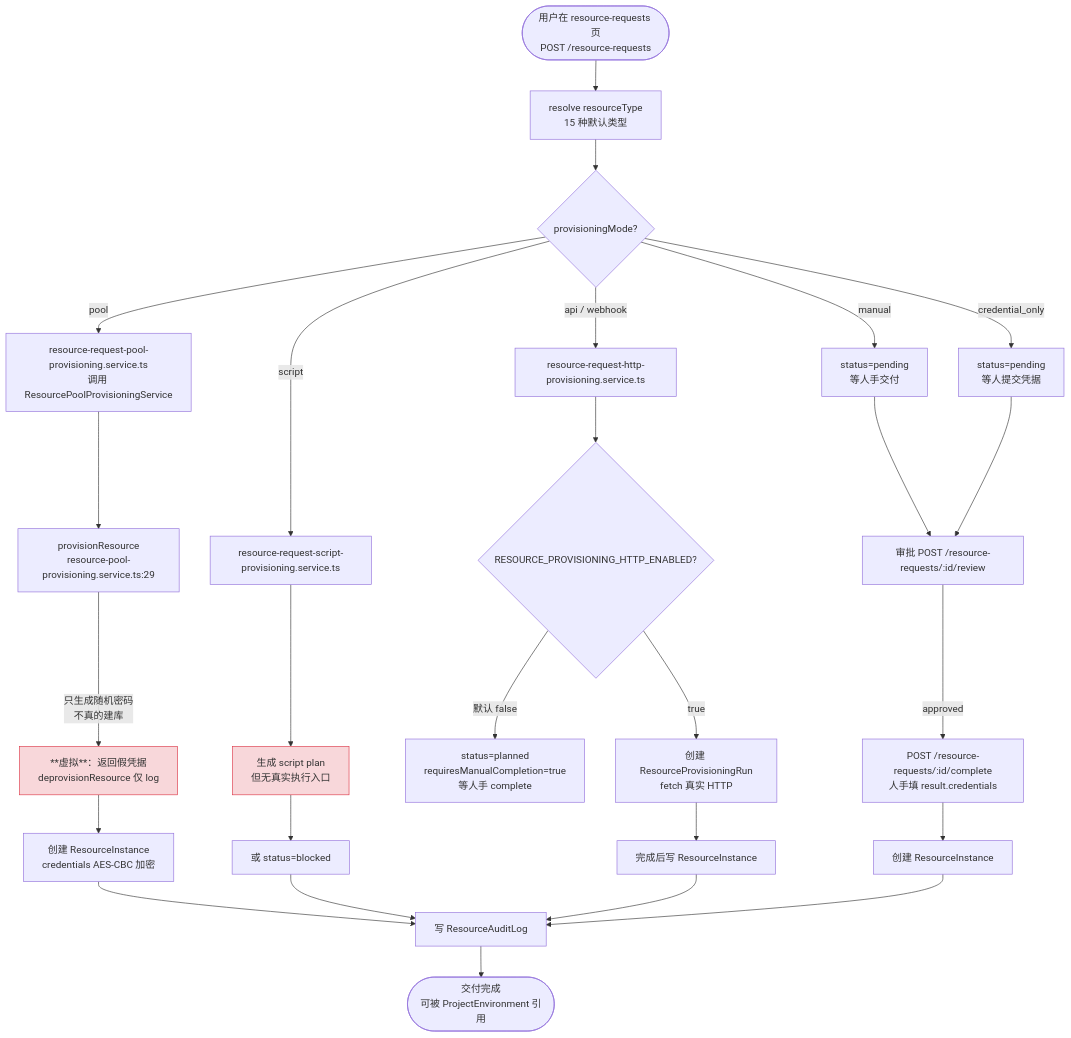
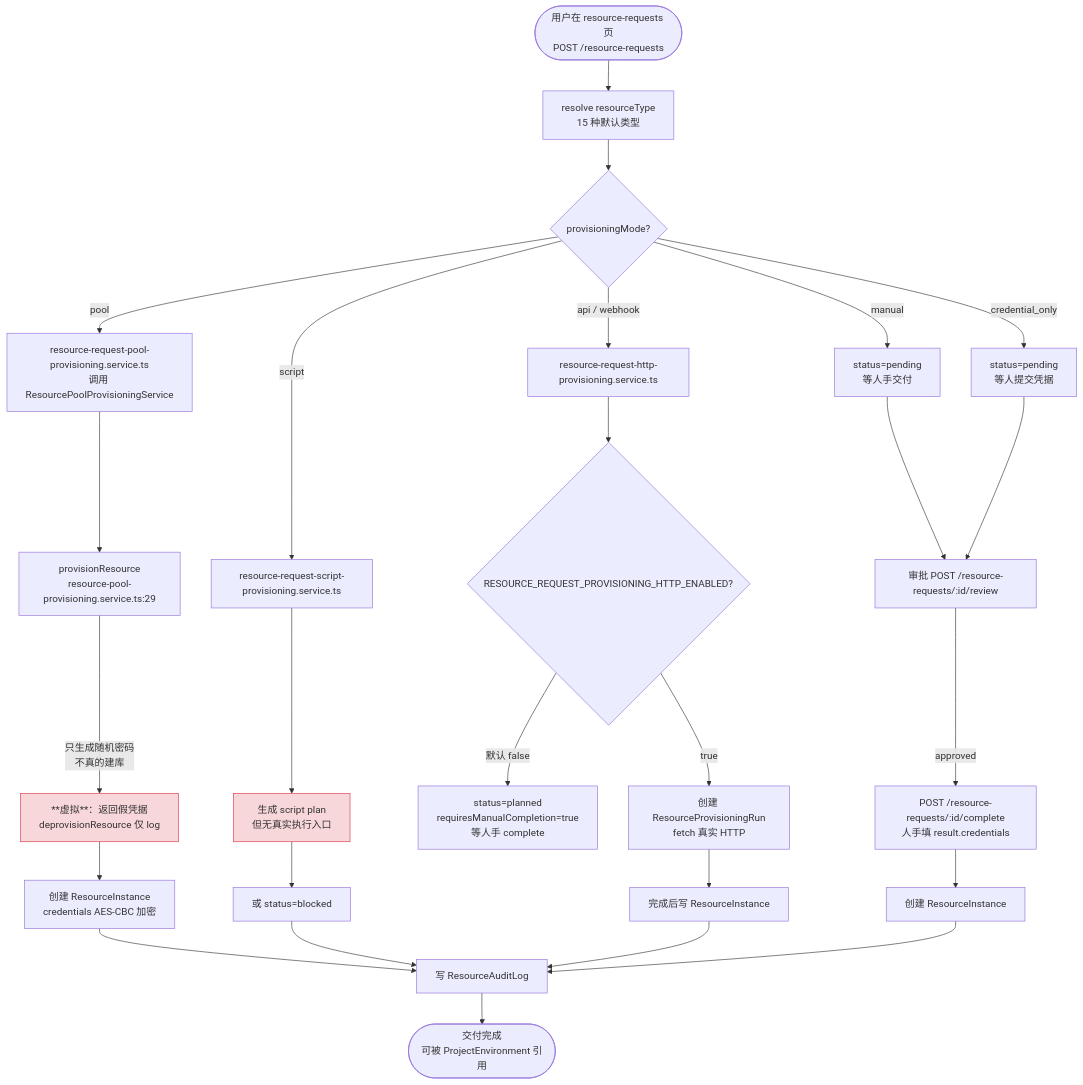
The fourth of 10 diagrams in docs/devpilot/platform-capabilities.md (751848178/svton), drawn with Mermaid before and after one commit. The commit also changed other lines of this file and 16 other files, not shown here.

````diff
--- a/docs/devpilot/platform-capabilities.md
+++ b/docs/devpilot/platform-capabilities.md
@@ -208,37 +208,37 @@
 ```mermaid
 flowchart TD
     START([用户在 resource-requests 页<br/>POST /resource-requests])
     START --> TYPE[resolve resourceType<br/>15 种默认类型]
     TYPE --> MODE{provisioningMode?}
     MODE --"manual"--> MANUAL[status=pending<br/>等人手交付]
     MODE --"credential_only"--> CRED[status=pending<br/>等人提交凭据]
     MODE --"pool"--> POOL[resource-request-pool-provisioning.service.ts<br/>调用 ResourcePoolProvisioningService]
     MODE --"script"--> SCRIPT[resource-request-script-provisioning.service.ts]
     MODE --"api / webhook"--> HTTP[resource-request-http-provisioning.service.ts]
 
     POOL --> POOLEXEC[provisionResource<br/>resource-pool-provisioning.service.ts:29]
     POOLEXEC --"只生成随机密码<br/>不真的建库"--> POOLSTUB[**虚拟**：返回假凭据<br/>deprovisionResource 仅 log]
     POOLSTUB --> INSTANCE1[创建 ResourceInstance<br/>credentials AES-CBC 加密]
 
     SCRIPT --> SCRIPTPLANNED[生成 script plan<br/>但无真实执行入口]
     SCRIPTPLANNED --> INSTANCE2[或 status=blocked]
 
-    HTTP --> HTTPCHECK{RESOURCE_PROVISIONING_HTTP_ENABLED?}
+    HTTP --> HTTPCHECK{RESOURCE_REQUEST_PROVISIONING_HTTP_ENABLED?}
     HTTPCHECK --"默认 false"--> PLANNED[status=planned<br/>requiresManualCompletion=true<br/>等人手 complete]
     HTTPCHECK --"true"--> DISPATCH[创建 ResourceProvisioningRun<br/>fetch 真实 HTTP]
     DISPATCH --> INSTANCE3[完成后写 ResourceInstance]
 
     MANUAL --> REVIEW[审批 POST /resource-requests/:id/review]
     CRED --> REVIEW
     REVIEW --"approved"--> COMPLETE[POST /resource-requests/:id/complete<br/>人手填 result.credentials]
     COMPLETE --> INSTANCE4[创建 ResourceInstance]
 
     INSTANCE1 --> AUDIT[写 ResourceAuditLog]
     INSTANCE2 --> AUDIT
     INSTANCE3 --> AUDIT
     INSTANCE4 --> AUDIT
     AUDIT --> DONE([交付完成<br/>可被 ProjectEnvironment 引用])
 
     classDef virt fill:#f8d7da,stroke:#dc3545
     class POOLSTUB,SCRIPTPLANNED virt
 ```
````
